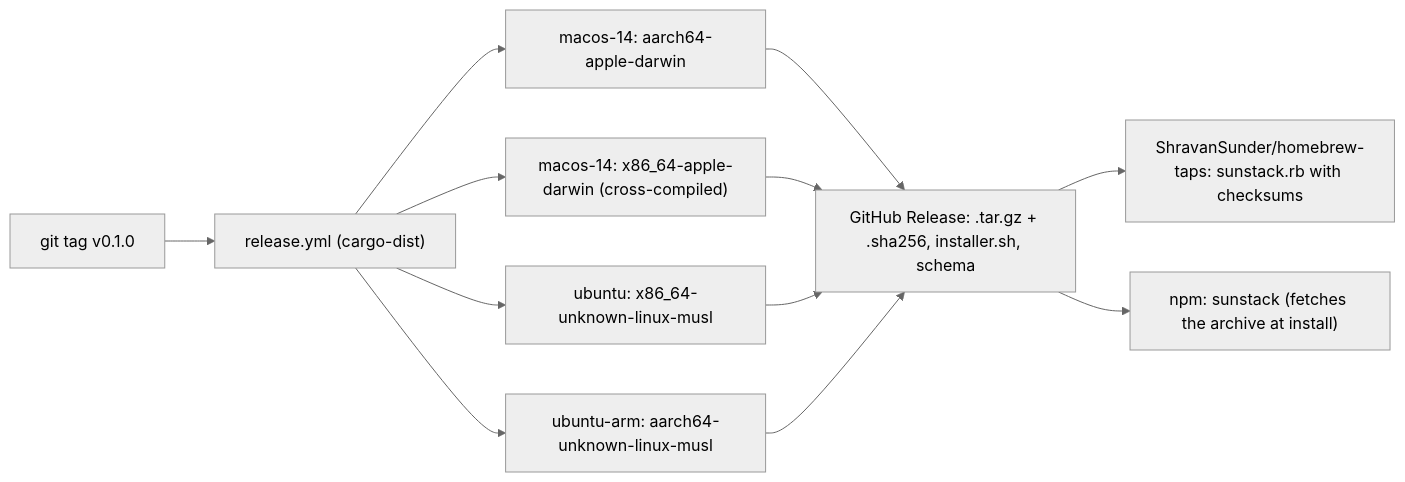
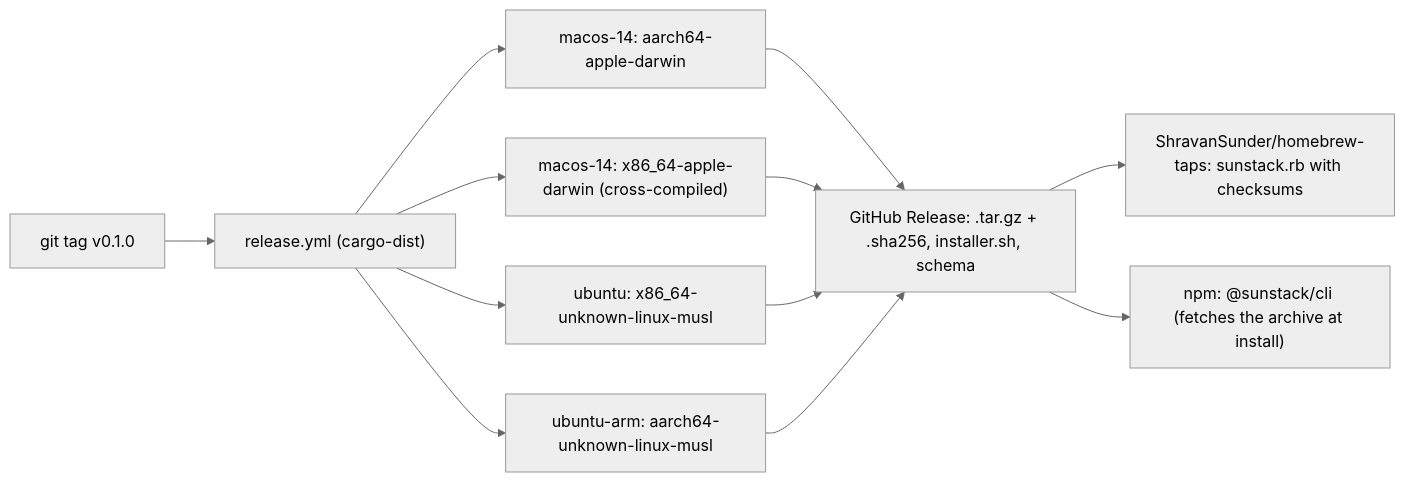
One commit to ShravanSunder/sunstack-tools changed the third of 3 diagrams in docs/specs/2026-10-18-sunstack-runner/program-design.md. Above: the diagram before and after it, drawn with Mermaid (neutral theme). The commit also changed other lines of this file and 2 other files, not shown here.

First line of the commit message:
docs(spec): the npm package is @sunstack/cli; the bin stays sunstack

````diff
--- a/docs/specs/2026-10-18-sunstack-runner/program-design.md
+++ b/docs/specs/2026-10-18-sunstack-runner/program-design.md
@@ -277,11 +277,11 @@
 ```mermaid
 flowchart LR
   tag["git tag v0.1.0"] --> wf["release.yml (cargo-dist)"]
   wf --> b1["macos-14: aarch64-apple-darwin"]
   wf --> b2["macos-14: x86_64-apple-darwin (cross-compiled)"]
   wf --> b3["ubuntu: x86_64-unknown-linux-musl"]
   wf --> b4["ubuntu-arm: aarch64-unknown-linux-musl"]
   b1 & b2 & b3 & b4 --> rel["GitHub Release: .tar.gz + .sha256, installer.sh, schema"]
   rel --> tap["ShravanSunder/homebrew-taps: sunstack.rb with checksums"]
-  rel --> npm["npm: sunstack (fetches the archive at install)"]
+  rel --> npm["npm: @sunstack/cli (fetches the archive at install)"]
 ```
````
